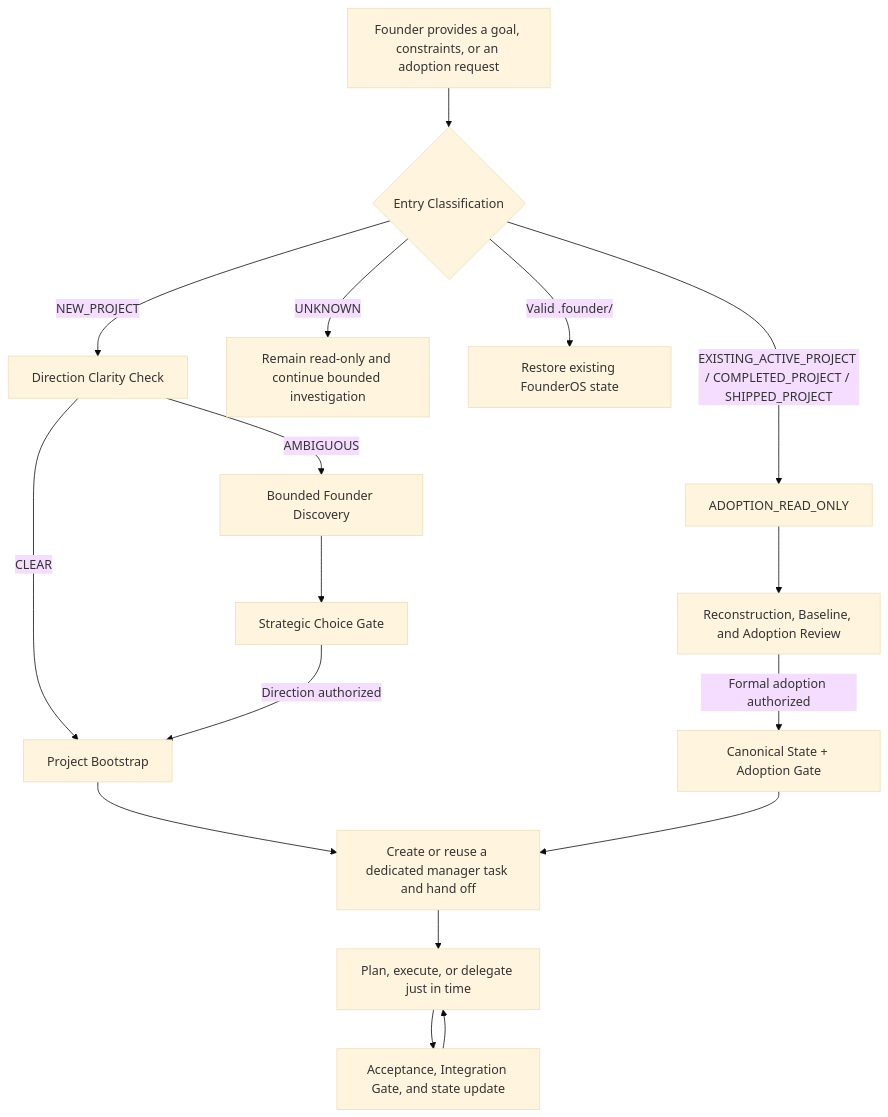
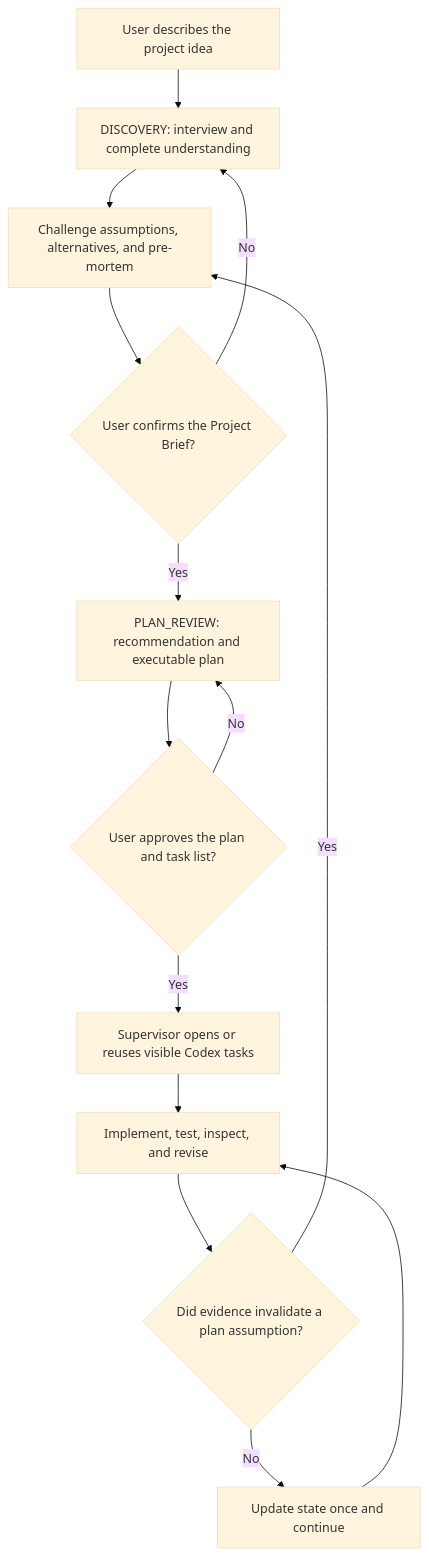
The diagram in .github/README.en.md (zhouczcz/founder-os), drawn with Mermaid (base theme) before and after one commit. The commit also changed other lines of this file and 23 other files, not shown here.

Commit message:
release FounderOS V4 project supervisor

````diff
--- a/.github/README.en.md
+++ b/.github/README.en.md
@@ -43,19 +41,16 @@
 ```mermaid
 flowchart TD
-    A["Founder provides a goal, constraints, or an adoption request"] --> B{"Entry Classification"}
-    B -->|NEW_PROJECT| C["Direction Clarity Check"]
-    C -->|CLEAR| D["Project Bootstrap"]
-    C -->|AMBIGUOUS| E["Bounded Founder Discovery"]
-    E --> F["Strategic Choice Gate"]
-    F -->|Direction authorized| D
-    B -->|EXISTING_ACTIVE_PROJECT / COMPLETED_PROJECT / SHIPPED_PROJECT| G["ADOPTION_READ_ONLY"]
-    B -->|UNKNOWN| L["Remain read-only and continue bounded investigation"]
-    B -->|Valid .founder/| M["Restore existing FounderOS state"]
-    G --> H["Reconstruction, Baseline, and Adoption Review"]
-    H -->|Formal adoption authorized| I["Canonical State + Adoption Gate"]
-    D --> N["Create or reuse a dedicated manager task and hand off"]
-    I --> N
-    N --> J["Plan, execute, or delegate just in time"]
-    J --> K["Acceptance, Integration Gate, and state update"]
-    K --> J
+    A["User describes the project idea"] --> B["DISCOVERY: interview and complete understanding"]
+    B --> C["Challenge assumptions, alternatives, and pre-mortem"]
+    C --> D{"User confirms the Project Brief?"}
+    D -->|No| B
+    D -->|Yes| E["PLAN_REVIEW: recommendation and executable plan"]
+    E --> F{"User approves the plan and task list?"}
+    F -->|No| E
+    F -->|Yes| G["Supervisor opens or reuses visible Codex tasks"]
+    G --> H["Implement, test, inspect, and revise"]
+    H --> I{"Did evidence invalidate a plan assumption?"}
+    I -->|Yes| C
+    I -->|No| J["Update state once and continue"]
+    J --> H
 ```
````
